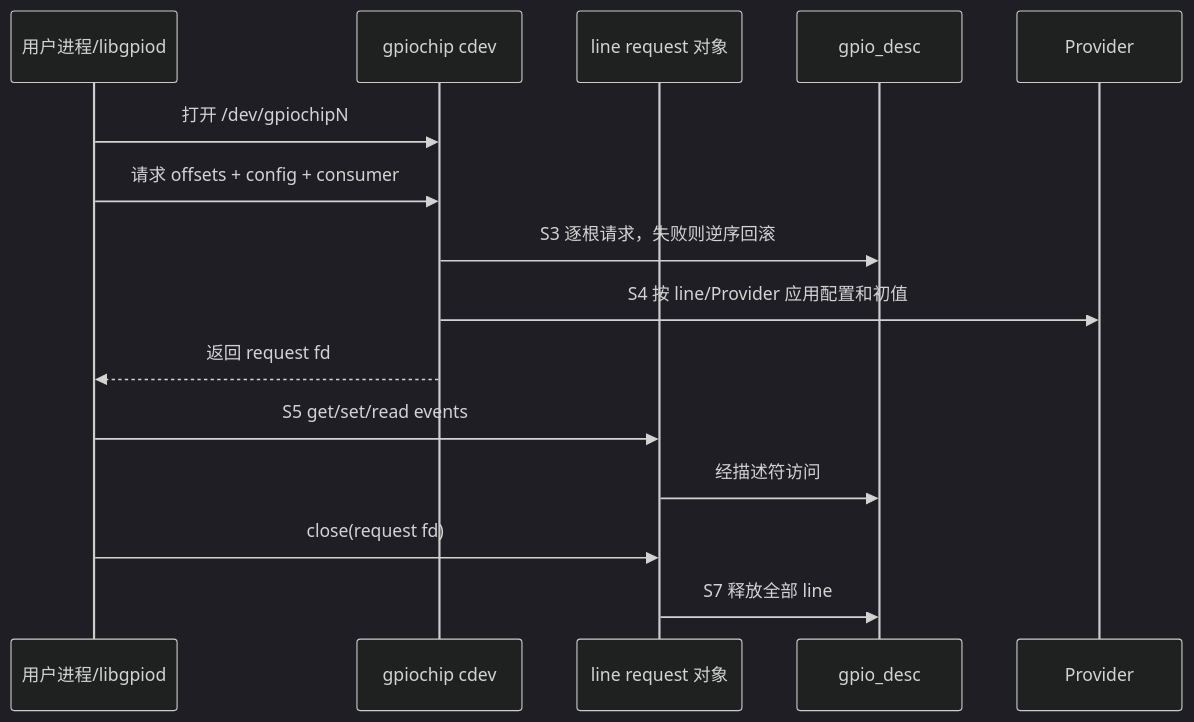
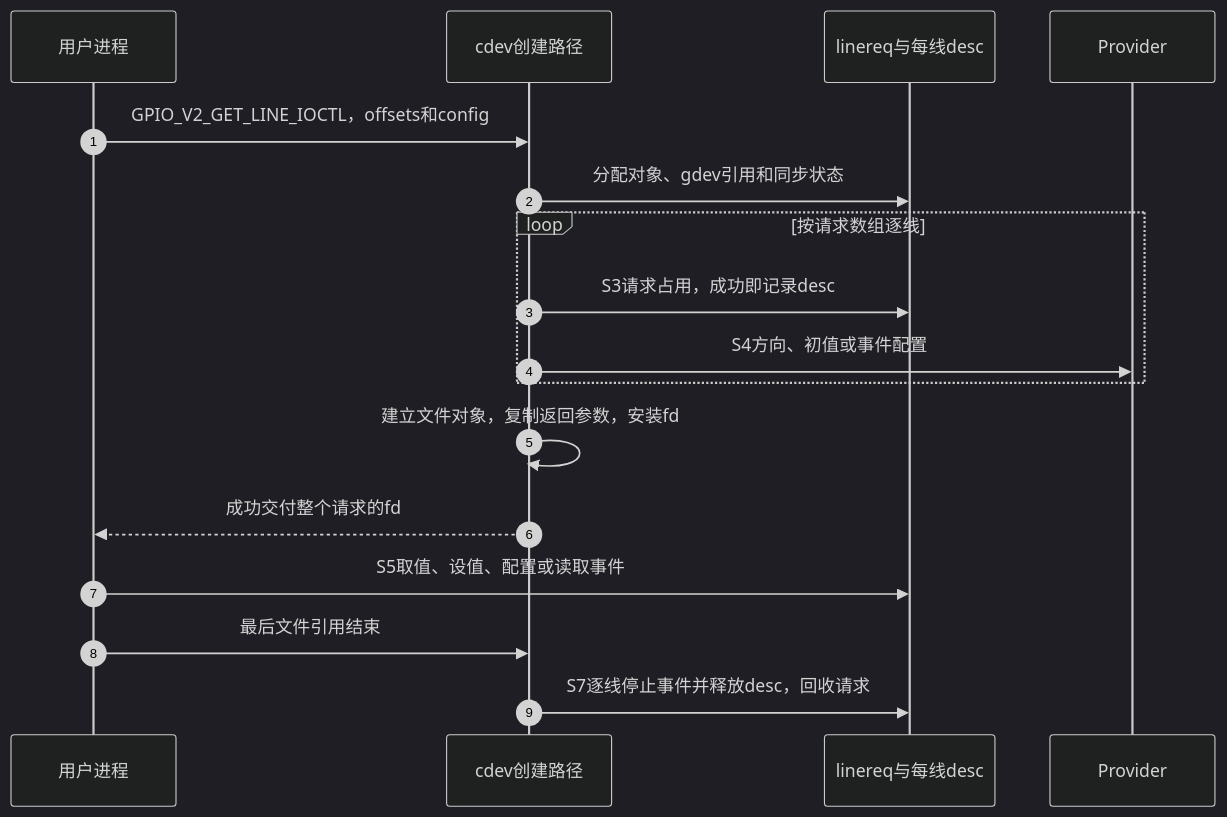
Before and after one commit to FormingSystem/linux_note: the second of 4 diagrams in knowledge/driver_model/gpio/P08_用户空间_ABI_迁移与方案选择.md, drawn with Mermaid (dark theme). The commit also changed other lines of this file and 9 other files, not shown here.

````diff
--- a/knowledge/driver_model/gpio/P08_用户空间_ABI_迁移与方案选择.md
+++ b/knowledge/driver_model/gpio/P08_用户空间_ABI_迁移与方案选择.md
@@ -24,18 +70,19 @@
 ```mermaid
 sequenceDiagram
-    participant U as 用户进程/libgpiod
-    participant C as gpiochip cdev
-    participant R as line request 对象
-    participant D as gpio_desc
+    autonumber
+    participant U as 用户进程
+    participant C as cdev创建路径
+    participant R as linereq与每线desc
     participant P as Provider
-
-    U->>C: 打开 /dev/gpiochipN
-    U->>C: 请求 offsets + config + consumer
-    C->>D: S3 逐根请求，失败则逆序回滚
-    C->>P: S4 按 line/Provider 应用配置和初值
-    C-->>U: 返回 request fd
-    U->>R: S5 get/set/read events
-    R->>D: 经描述符访问
-    U->>R: close(request fd)
-    R->>D: S7 释放全部 line
+    U->>C: GPIO_V2_GET_LINE_IOCTL，offsets和config
+    C->>R: 分配对象、gdev引用和同步状态
+    loop 按请求数组逐线
+        C->>R: S3请求占用，成功即记录desc
+        C->>P: S4方向、初值或事件配置
+    end
+    C->>C: 建立文件对象，复制返回参数，安装fd
+    C-->>U: 成功交付整个请求的fd
+    U->>R: S5取值、设值、配置或读取事件
+    U->>C: 最后文件引用结束
+    C->>R: S7逐线停止事件并释放desc，回收请求
 ```
````
